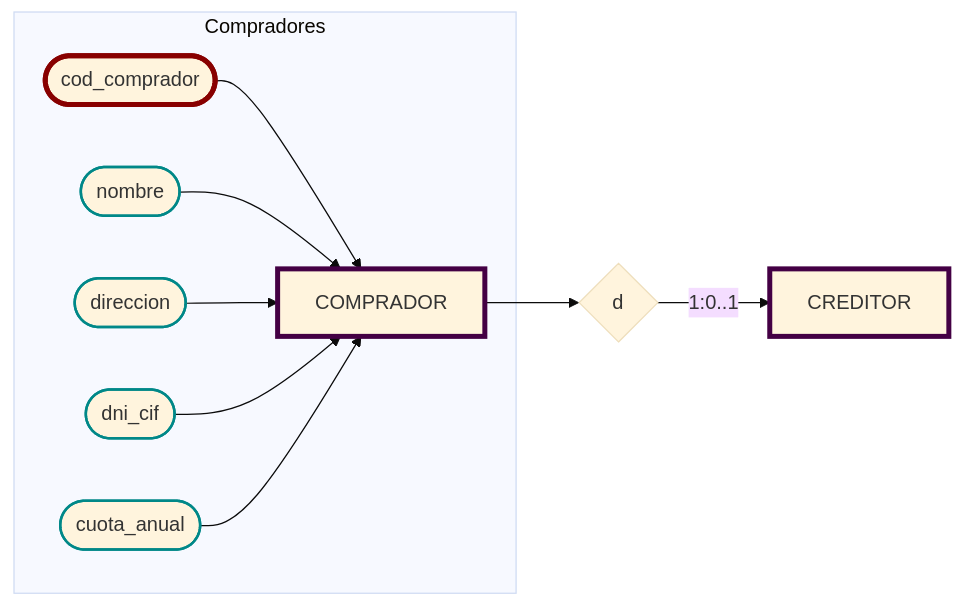
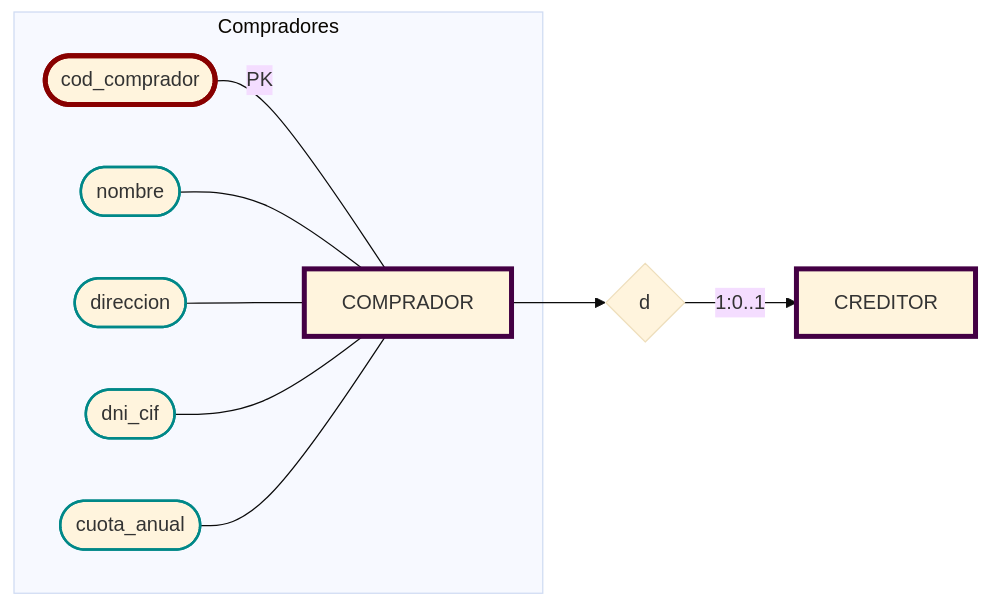
Before and after one commit to JulTob/Data: the sixth of 13 diagrams in DataBases/lonja_DB.md, drawn with Mermaid (base theme). The commit also changed other lines of this file, not shown here.

````diff
--- a/DataBases/lonja_DB.md
+++ b/DataBases/lonja_DB.md
@@ -216,22 +217,22 @@
 ```mermaid
 flowchart LR
   classDef atributo stroke:#088,stroke-width:2px;
   classDef derivado stroke-width:3px, stroke-dasharray:3 3;
   classDef pk stroke:#800,stroke-width:4px;
   classDef fk stroke:#080,stroke-width:4px;
   classDef pkfk stroke:#880,stroke-width:4px;
   classDef entidad stroke:#404,stroke-width:4px;
 
   %% Atributos COMPRADOR
   subgraph Compradores
     Comprador[COMPRADOR]:::entidad
-    cod_comprador([cod_comprador]):::pk --> Comprador
-    nombre([nombre]):::atributo --> Comprador
-    direccion([direccion]):::atributo --> Comprador
-    dni_cif([dni_cif]):::atributo --> Comprador
-    cuota_anual([cuota_anual]):::atributo --> Comprador
+    cod_comprador([cod_comprador]):::pk ---|PK| Comprador
+    nombre([nombre]):::atributo --- Comprador
+    direccion([direccion]):::atributo --- Comprador
+    dni_cif([dni_cif]):::atributo --- Comprador
+    cuota_anual([cuota_anual]):::atributo --- Comprador
     end
 
   Comprador --> es{d} -->|1:0..1| CompradorCredito[CREDITOR]:::entidad
 
 ```
````
